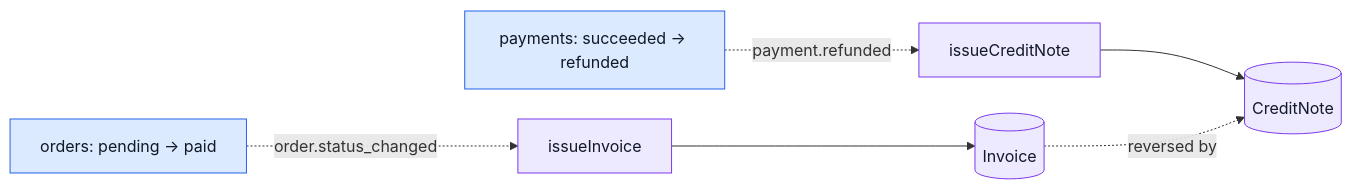
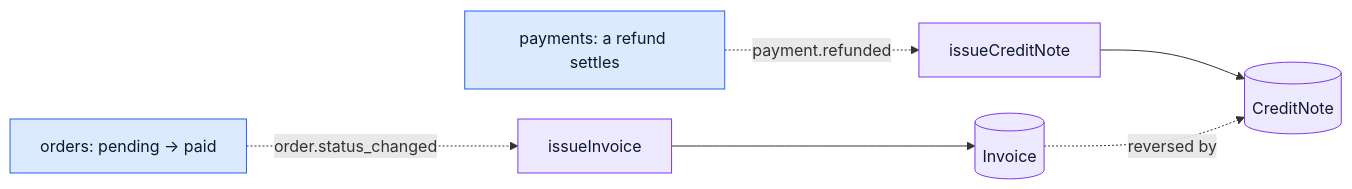
One commit to Guebbit/boilerplate-node-backend changed the second of 4 diagrams in docs/modules/invoicing.md. Above: the diagram before and after it, drawn with Mermaid. The commit also changed other lines of this file and 8 other files, not shown here.

````diff
--- a/docs/modules/invoicing.md
+++ b/docs/modules/invoicing.md
@@ -75,14 +75,14 @@
 ```mermaid
 %%{init: {'flowchart': {'nodeSpacing': 30, 'rankSpacing': 55}}}%%
 flowchart LR
     O["orders: pending → paid"] -. "order.status_changed" .-> I["issueInvoice"]
-    P["payments: succeeded → refunded"] -. "payment.refunded" .-> C["issueCreditNote"]
+    P["payments: a refund settles"] -. "payment.refunded" .-> C["issueCreditNote"]
     I --> ID[("Invoice")]
     C --> CD[("CreditNote")]
     ID -. "reversed by" .-> CD
 
     classDef entry fill:#dbeafe,stroke:#2563eb,color:#111827;
     classDef own fill:#ede9fe,stroke:#7c3aed,color:#111827;
     class O,P entry;
     class I,C,ID,CD own;
 ```
````
